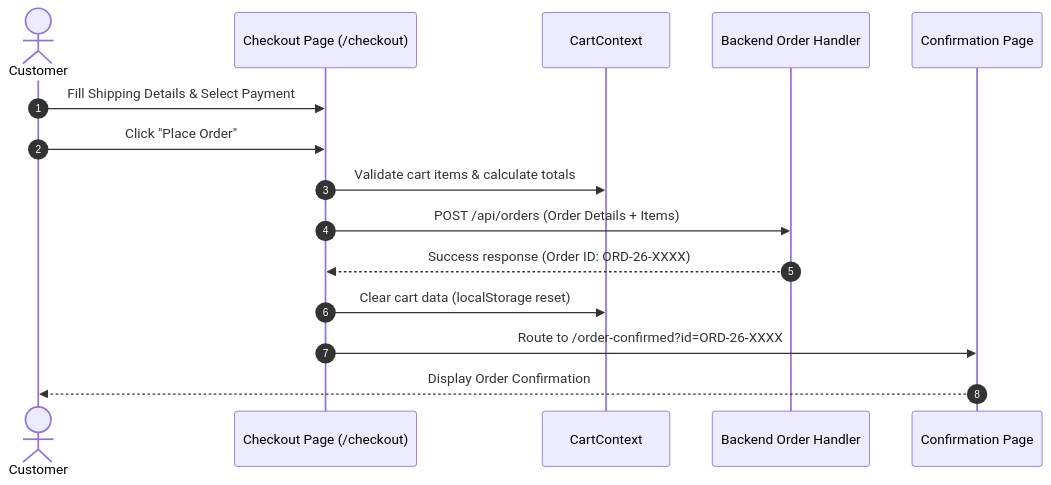
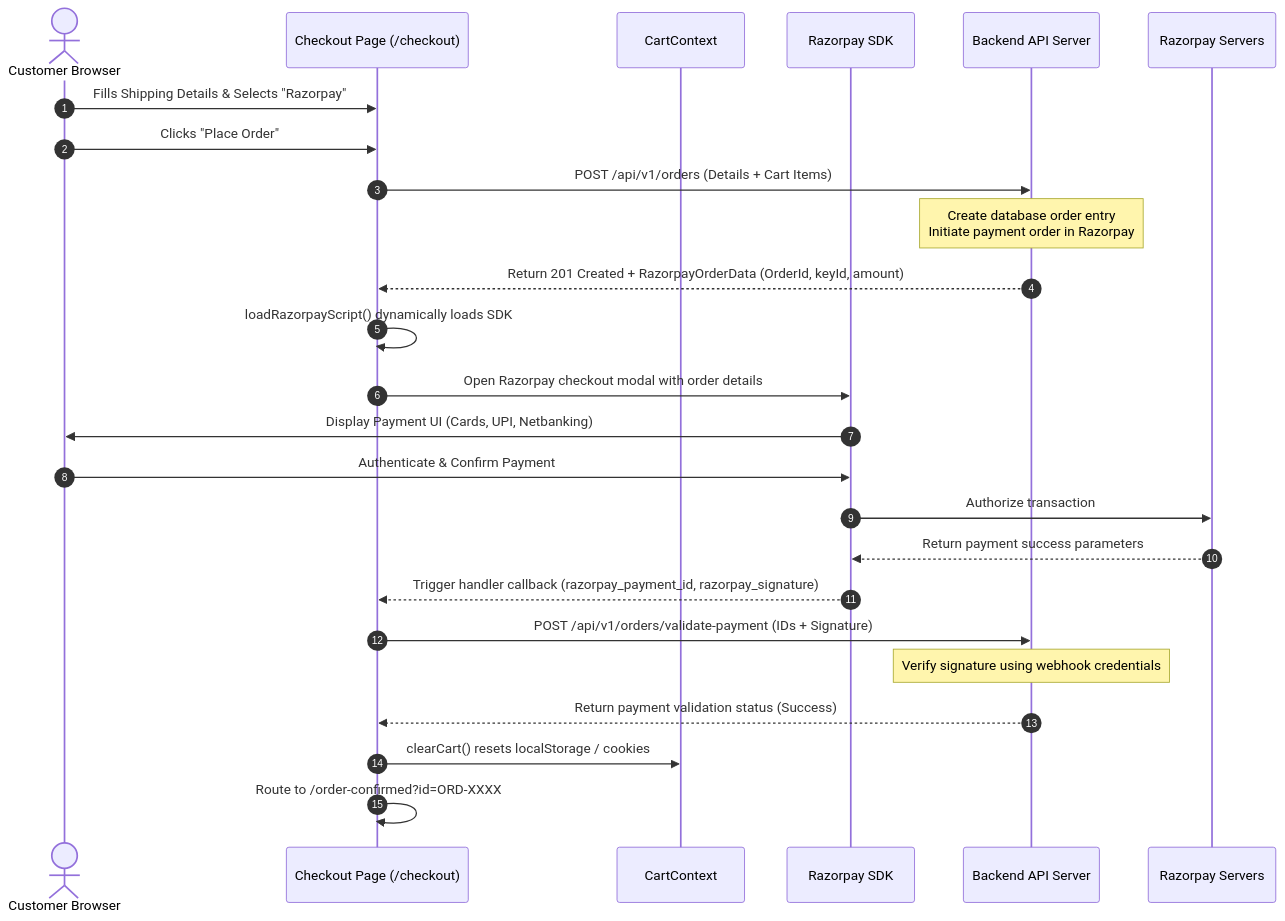
The third of 5 diagrams in ARCHITECTURE.md (taybeen-healthy/taybeen-frontend), drawn with Mermaid before and after one commit. The commit also changed other lines of this file and 8 other files, not shown here.

````diff
--- a/ARCHITECTURE.md
+++ b/ARCHITECTURE.md
@@ -55,18 +57,28 @@
 ```mermaid
 sequenceDiagram
     autonumber
-    actor Customer
-    participant Page as Checkout Page (/checkout)
-    participant Ctx as CartContext
-    participant Backend as Backend Order Handler
-    participant Conf as Confirmation Page
+    actor Customer as Customer Browser
+    participant Checkout as Checkout Page (/checkout)
+    participant Cart as CartContext
+    participant SDK as Razorpay SDK
+    participant API as Backend API Server
+    participant Gate as Razorpay Servers
 
-    Customer->>Page: Fill Shipping Details & Select Payment
-    Customer->>Page: Click "Place Order"
-    Page->>Ctx: Validate cart items & calculate totals
-    Page->>Backend: POST /api/orders (Order Details + Items)
-    Backend-->>Page: Success response (Order ID: ORD-26-XXXX)
-    Page->>Ctx: Clear cart data (localStorage reset)
-    Page->>Conf: Route to /order-confirmed?id=ORD-26-XXXX
-    Conf-->>Customer: Display Order Confirmation
+    Customer->>Checkout: Fills Shipping Details & Selects "Razorpay"
+    Customer->>Checkout: Clicks "Place Order"
+    Checkout->>API: POST /api/v1/orders (Details + Cart Items)
+    Note over API: Create database order entry<br/>Initiate payment order in Razorpay
+    API-->>Checkout: Return 201 Created + RazorpayOrderData (OrderId, keyId, amount)
+    Checkout->>Checkout: loadRazorpayScript() dynamically loads SDK
+    Checkout->>SDK: Open Razorpay checkout modal with order details
+    SDK->>Customer: Display Payment UI (Cards, UPI, Netbanking)
+    Customer->>SDK: Authenticate & Confirm Payment
+    SDK->>Gate: Authorize transaction
+    Gate-->>SDK: Return payment success parameters
+    SDK-->>Checkout: Trigger handler callback (razorpay_payment_id, razorpay_signature)
+    Checkout->>API: POST /api/v1/orders/validate-payment (IDs + Signature)
+    Note over API: Verify signature using webhook credentials
+    API-->>Checkout: Return payment validation status (Success)
+    Checkout->>Cart: clearCart() resets localStorage / cookies
+    Checkout->>Checkout: Route to /order-confirmed?id=ORD-XXXX
 ```
````
